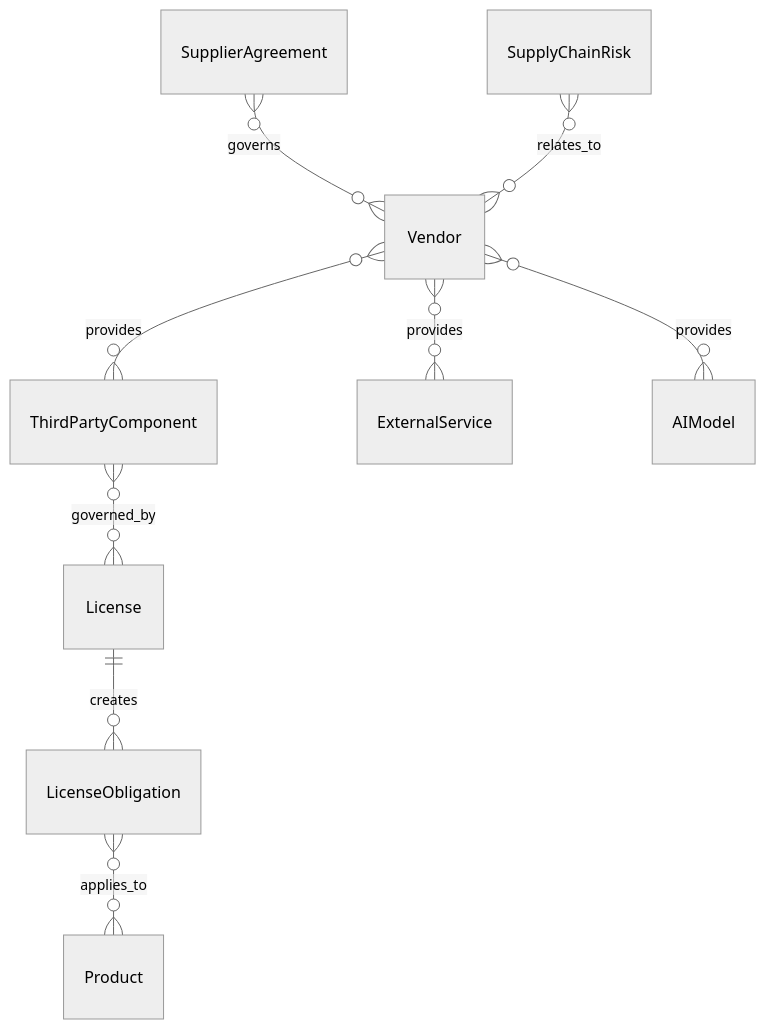
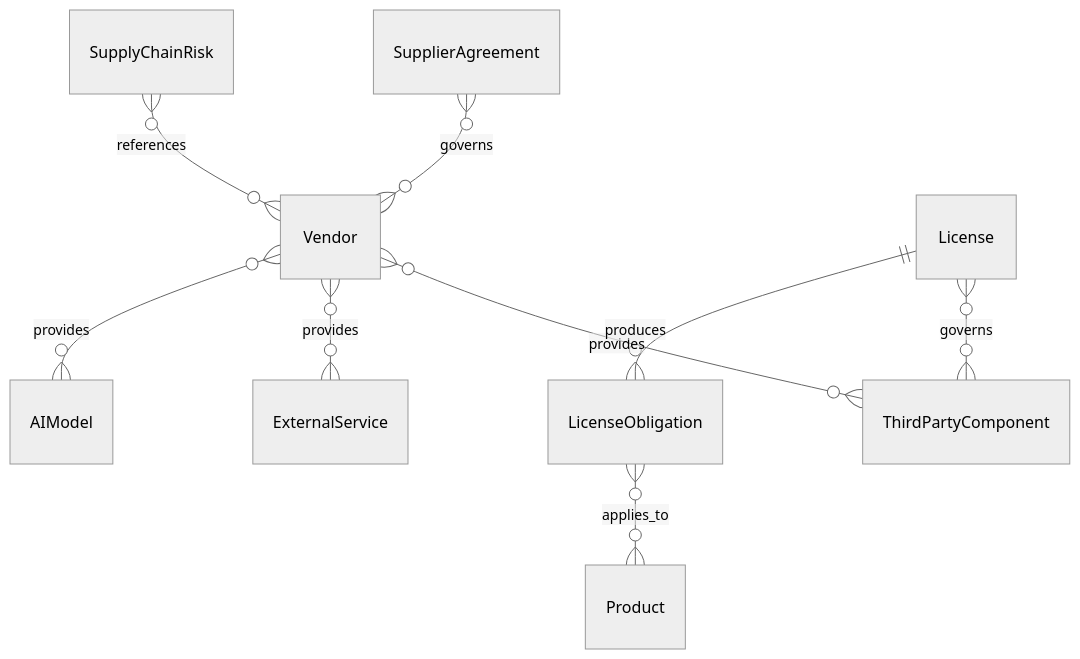
Diagram 11 of 12 in SOFTWARE_ORGANIZATION_DOMAIN_MODEL.md (maxvydrin/vision), drawn with Mermaid (neutral theme) before and after one commit. The commit also changed other lines of this file and 3 other files, not shown here.

````diff
--- a/SOFTWARE_ORGANIZATION_DOMAIN_MODEL.md
+++ b/SOFTWARE_ORGANIZATION_DOMAIN_MODEL.md
@@ -723,11 +762,11 @@
 ```mermaid
 erDiagram
     Vendor }o--o{ ThirdPartyComponent : "provides"
     Vendor }o--o{ ExternalService : "provides"
     Vendor }o--o{ AIModel : "provides"
     SupplierAgreement }o--o{ Vendor : "governs"
-    ThirdPartyComponent }o--o{ License : "governed_by"
-    License ||--o{ LicenseObligation : "creates"
+    License }o--o{ ThirdPartyComponent : "governs"
+    License ||--o{ LicenseObligation : "produces"
     LicenseObligation }o--o{ Product : "applies_to"
-    SupplyChainRisk }o--o{ Vendor : "relates_to"
+    SupplyChainRisk }o--o{ Vendor : "references"
 ```
````
